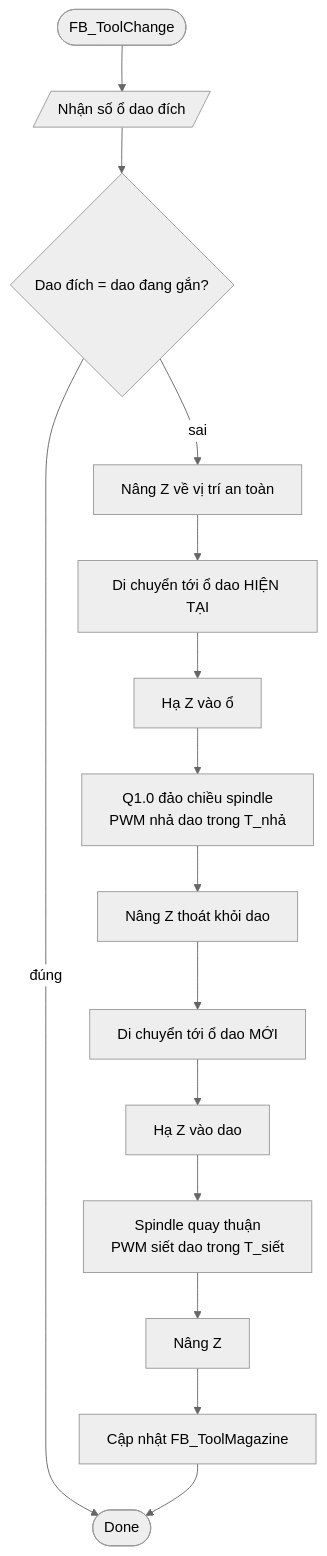
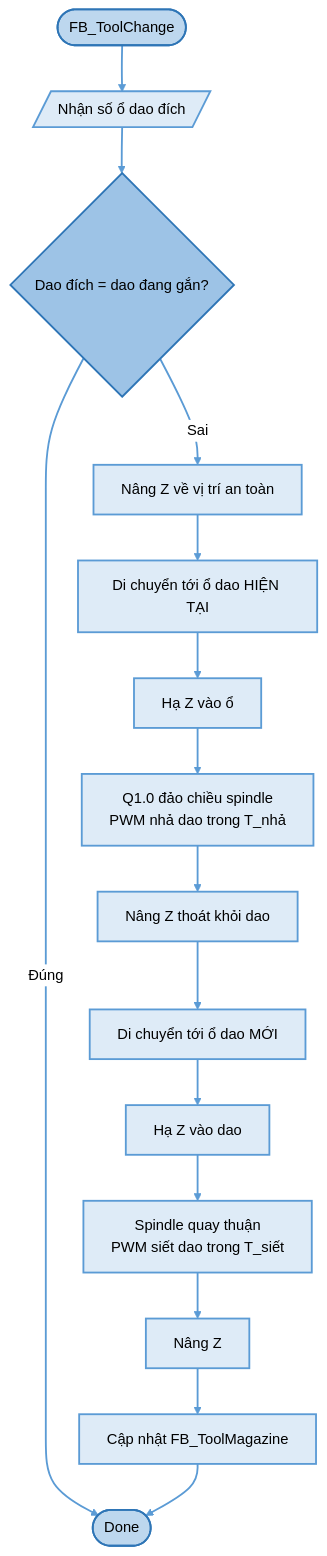
The sixth of 10 diagrams in docs/luu-do-giai-thuat.md (nguyentanphat1908-collab/IDE), drawn with Mermaid (neutral theme) before and after one commit. The commit also changed other lines of this file and 4 other files, not shown here.

````diff
--- a/docs/luu-do-giai-thuat.md
+++ b/docs/luu-do-giai-thuat.md
@@ -146,17 +188,23 @@
 ```mermaid
 flowchart TD
-    A([FB_ToolChange]) --> B[/"Nhận số ổ dao đích"/]
-    B --> C{"Dao đích = dao đang gắn?"}
-    C -- đúng --> Z([Done])
-    C -- sai --> D["Nâng Z về vị trí an toàn"]
-    D --> E["Di chuyển tới ổ dao HIỆN TẠI"]
-    E --> F["Hạ Z vào ổ"]
-    F --> G["Q1.0 đảo chiều spindle<br/>PWM nhả dao trong T_nhả"]
-    G --> H["Nâng Z thoát khỏi dao"]
-    H --> I["Di chuyển tới ổ dao MỚI"]
-    I --> J["Hạ Z vào dao"]
-    J --> K["Spindle quay thuận<br/>PWM siết dao trong T_siết"]
-    K --> L["Nâng Z"]
-    L --> M["Cập nhật FB_ToolMagazine"]
+    A([FB_ToolChange]):::term --> B[/"Nhận số ổ dao đích"/]:::io
+    B --> C{"Dao đích = dao đang gắn?"}:::dec
+    C -- Đúng --> Z([Done]):::term
+    C -- Sai --> D["Nâng Z về vị trí an toàn"]:::proc
+    D --> E["Di chuyển tới ổ dao HIỆN TẠI"]:::proc
+    E --> F["Hạ Z vào ổ"]:::proc
+    F --> G["Q1.0 đảo chiều spindle<br/>PWM nhả dao trong T_nhả"]:::proc
+    G --> H["Nâng Z thoát khỏi dao"]:::proc
+    H --> I["Di chuyển tới ổ dao MỚI"]:::proc
+    I --> J["Hạ Z vào dao"]:::proc
+    J --> K["Spindle quay thuận<br/>PWM siết dao trong T_siết"]:::proc
+    K --> L["Nâng Z"]:::proc
+    L --> M["Cập nhật FB_ToolMagazine"]:::proc
     M --> Z
+    classDef term fill:#BDD7EE,stroke:#2E75B6,stroke-width:2px,color:#000
+    classDef proc fill:#DEEBF7,stroke:#5B9BD5,stroke-width:2px,color:#000
+    classDef io   fill:#DEEBF7,stroke:#5B9BD5,stroke-width:2px,color:#000
+    classDef dec  fill:#9DC3E6,stroke:#2E75B6,stroke-width:2px,color:#000
+    classDef conn fill:#9DC3E6,stroke:#2E75B6,stroke-width:2px,color:#000
+    linkStyle default stroke:#5B9BD5,stroke-width:2px
 ```
````
